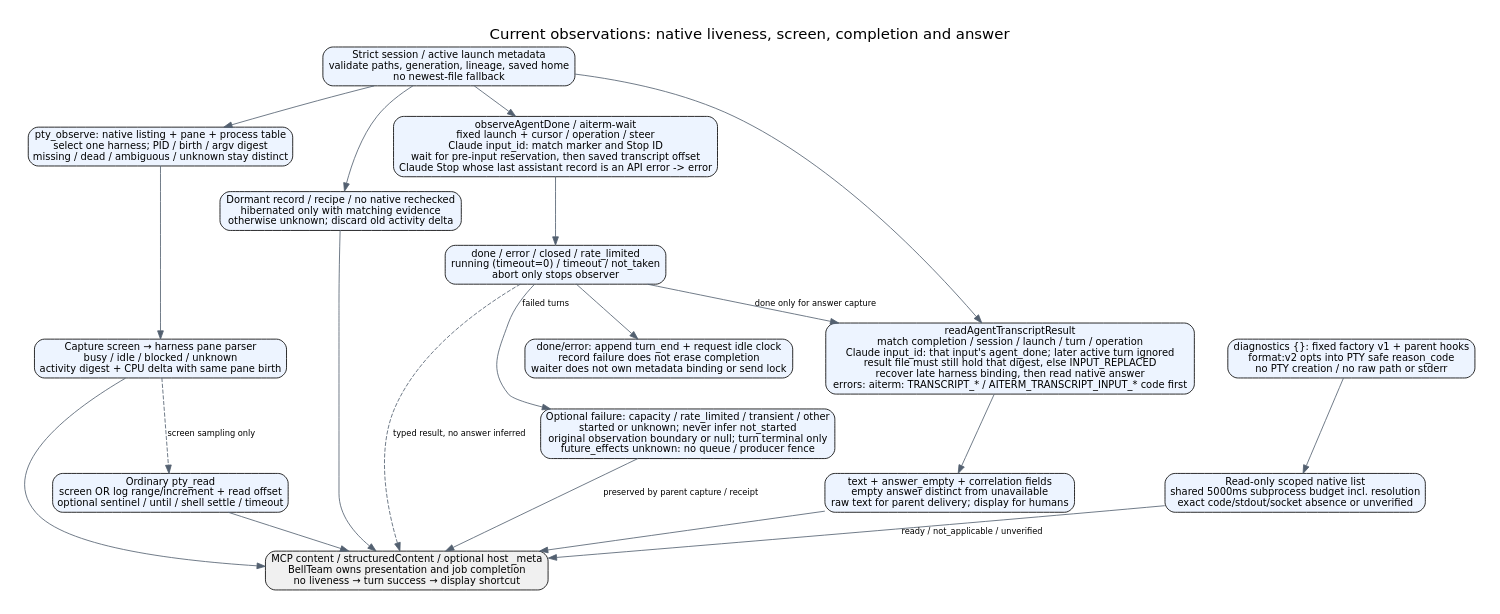
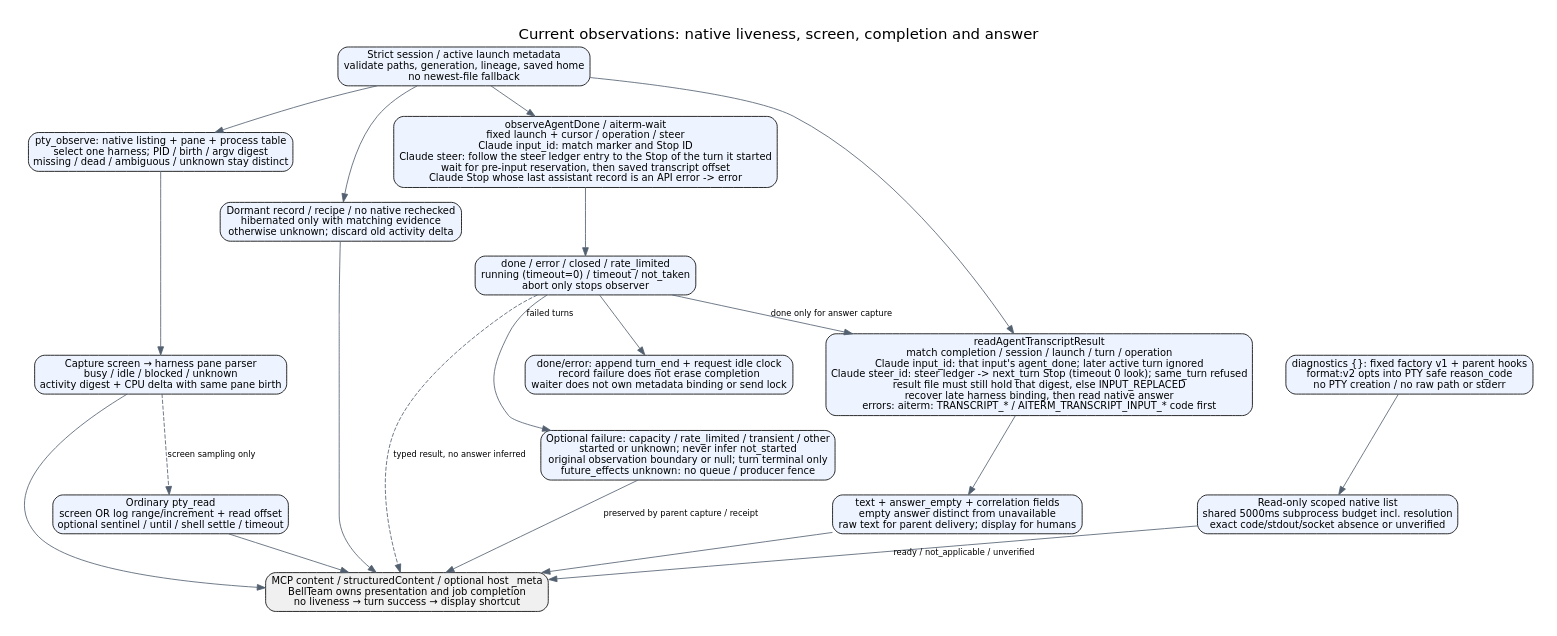
The diagram in docs/architecture/observation-results.dot (kitepon/aiterm-mcp), drawn with Graphviz before and after one commit. The commit also changed 8 other files, not shown here.

First line of the commit message:
Read the answer of the turn a Claude steer started, by steer_id (a445a)

```diff
--- a/docs/architecture/observation-results.dot
+++ b/docs/architecture/observation-results.dot
@@ -1,25 +1,25 @@
 digraph observation {
  graph [rankdir=TB,bgcolor="white",pad=0.3,nodesep=0.55,ranksep=0.5,label="Current observations: native liveness, screen, completion and answer",labelloc=t,fontname="DejaVu Sans",fontsize=18];
  node [shape=box,style="rounded,filled",fillcolor="#edf4ff",fontname="DejaVu Sans",fontsize=12];
  edge [fontname="DejaVu Sans",fontsize=10,color="#536070"];
  meta [label="Strict session / active launch metadata\nvalidate paths, generation, lineage, saved home\nno newest-file fallback"];
  native [label="pty_observe: native listing + pane + process table\nselect one harness; PID / birth / argv digest\nmissing / dead / ambiguous / unknown stay distinct"];
  screen [label="Capture screen → harness pane parser\nbusy / idle / blocked / unknown\nactivity digest + CPU delta with same pane birth"];
  dormant [label="Dormant record / recipe / no native rechecked\nhibernated only with matching evidence\notherwise unknown; discard old activity delta"];
- wait [label="observeAgentDone / aiterm-wait\nfixed launch + cursor / operation / steer\nClaude input_id: match marker and Stop ID\nwait for pre-input reservation, then saved transcript offset\nClaude Stop whose last assistant record is an API error -> error"];
+ wait [label="observeAgentDone / aiterm-wait\nfixed launch + cursor / operation / steer\nClaude input_id: match marker and Stop ID\nClaude steer: follow the steer ledger entry to the Stop of the turn it started\nwait for pre-input reservation, then saved transcript offset\nClaude Stop whose last assistant record is an API error -> error"];
  end [label="done / error / closed / rate_limited\nrunning (timeout=0) / timeout / not_taken\nabort only stops observer"];
  failure [label="Optional failure: capacity / rate_limited / transient / other\nstarted or unknown; never infer not_started\noriginal observation boundary or null; turn terminal only\nfuture_effects unknown: no queue / producer fence"];
  activity [label="done/error: append turn_end + request idle clock\nrecord failure does not erase completion\nwaiter does not own metadata binding or send lock"];
- answer [label="readAgentTranscriptResult\nmatch completion / session / launch / turn / operation\nClaude input_id: that input's agent_done; later active turn ignored\nresult file must still hold that digest, else INPUT_REPLACED\nrecover late harness binding, then read native answer\nerrors: aiterm: TRANSCRIPT_* / AITERM_TRANSCRIPT_INPUT_* code first"];
+ answer [label="readAgentTranscriptResult\nmatch completion / session / launch / turn / operation\nClaude input_id: that input's agent_done; later active turn ignored\nClaude steer_id: steer ledger -> next_turn Stop (timeout 0 look); same_turn refused\nresult file must still hold that digest, else INPUT_REPLACED\nrecover late harness binding, then read native answer\nerrors: aiterm: TRANSCRIPT_* / AITERM_TRANSCRIPT_INPUT_* code first"];
  body [label="text + answer_empty + correlation fields\nempty answer distinct from unavailable\nraw text for parent delivery; display for humans"];
  terminal [label="Ordinary pty_read\nscreen OR log range/increment + read offset\noptional sentinel / until / shell settle / timeout"];
  host [label="MCP content / structuredContent / optional host _meta\nBellTeam owns presentation and job completion\nno liveness → turn success → display shortcut",fillcolor="#f0f0f0"];
  diagnostics [label="diagnostics {}: fixed factory v1 + parent hooks\nformat:v2 opts into PTY safe reason_code\nno PTY creation / no raw path or stderr"];
  probe [label="Read-only scoped native list\nshared 5000ms subprocess budget incl. resolution\nexact code/stdout/socket absence or unverified"];
  diagnostics -> probe;probe -> host [label="ready / not_applicable / unverified"];
  meta -> native;native -> screen;meta -> dormant;meta -> wait;wait -> end;end -> activity;
  end -> failure [label="failed turns"];failure -> host [label="preserved by parent capture / receipt"];
  end -> answer [label="done only for answer capture"];meta -> answer;answer -> body;body -> host;
  screen -> host;dormant -> host;end -> host [style=dashed,label="typed result, no answer inferred"];
  terminal -> host;screen -> terminal [style=dashed,label="screen sampling only"];
 }
```
